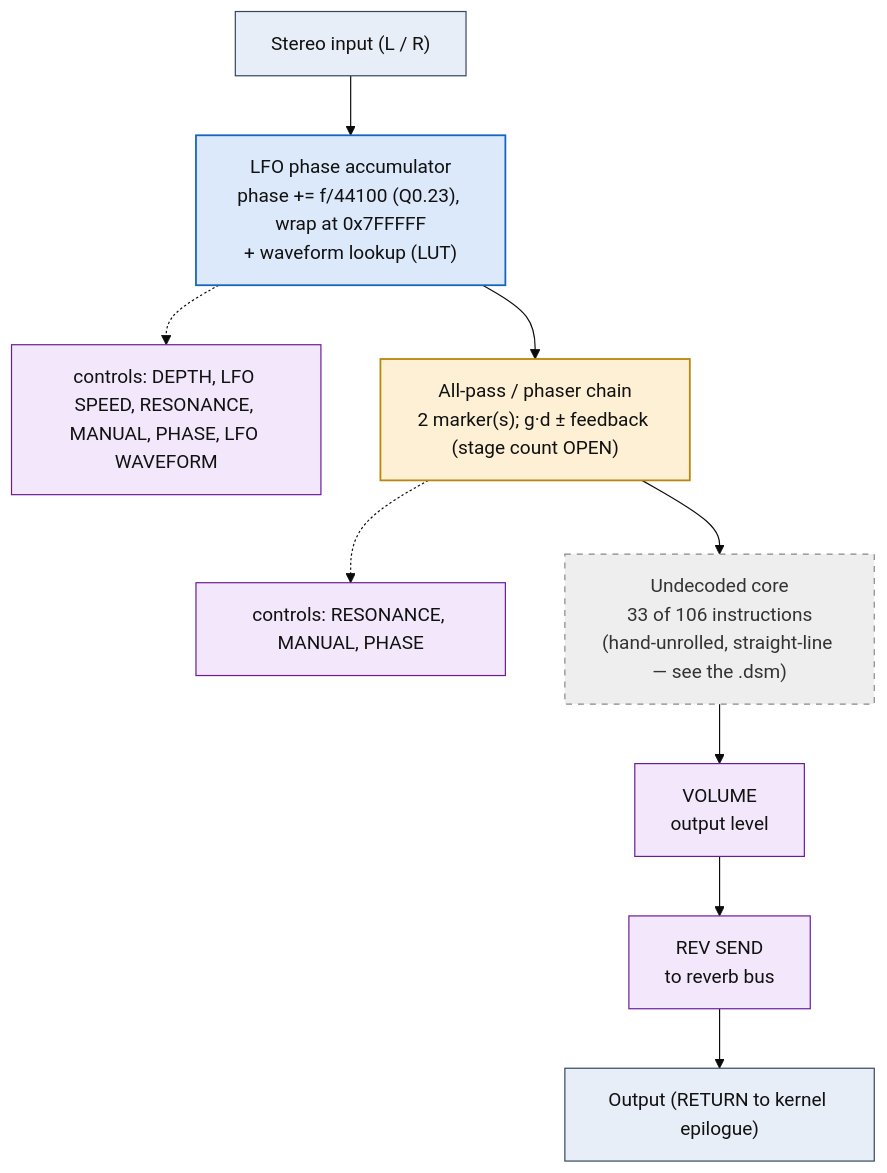
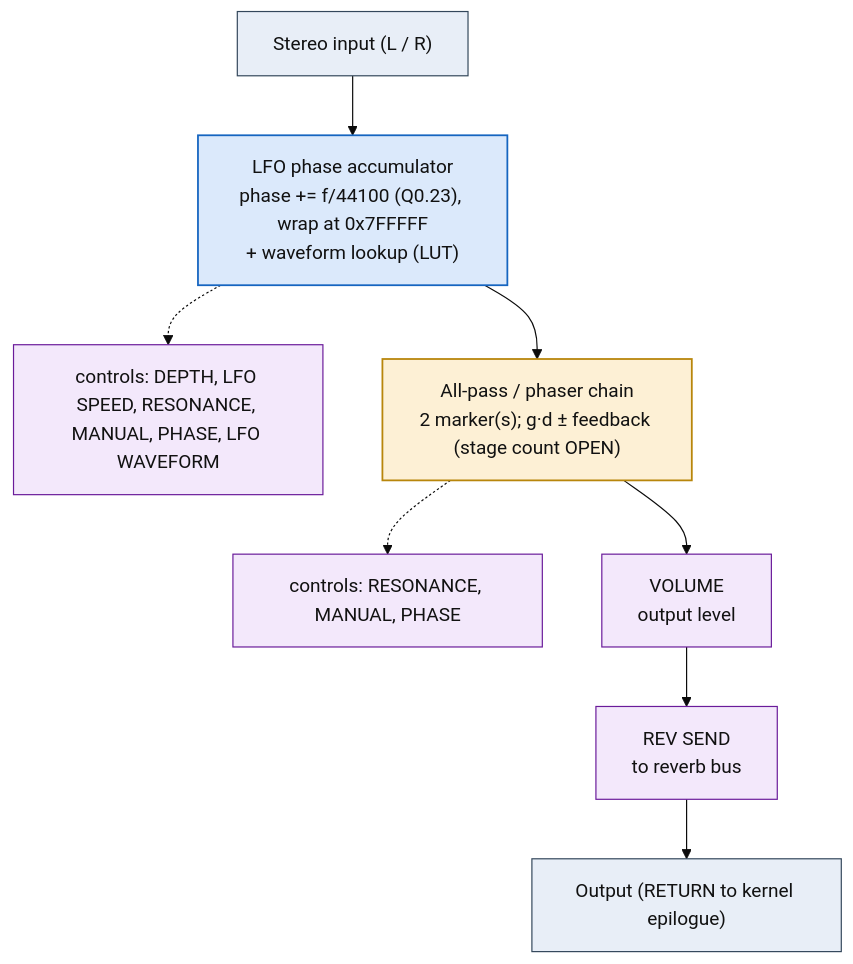
One commit to ArqueologiaDigital/kn5000-roms-disasm changed the diagram in dsp/flowcharts/prog05_phaser.md. Above: the diagram before and after it, drawn with Mermaid (base theme). The commit also changed other lines of this file and 39 other files, not shown here.

First line of the commit message:
dsp: annotate all flowcharts with the classic effect topology each shape matches

````diff
--- a/dsp/flowcharts/prog05_phaser.md
+++ b/dsp/flowcharts/prog05_phaser.md
@@ -12,32 +12,29 @@
 ```mermaid
 flowchart TD
     N0["Stereo input (L / R)"]
     N1["LFO phase accumulator<br/>phase += f/44100 (Q0.23), wrap at 0x7FFFFF<br/>+ waveform lookup (LUT)"]
     N0 --> N1
     N2["controls: DEPTH, LFO SPEED, RESONANCE, MANUAL, PHASE, LFO WAVEFORM"]
     N1 -.-> N2
     N3["All-pass / phaser chain<br/>2 marker(s); g&middot;d &plusmn; feedback (stage count OPEN)"]
     N1 --> N3
     N4["controls: RESONANCE, MANUAL, PHASE"]
     N3 -.-> N4
-    N5["Undecoded core<br/>33 of 106 instructions<br/>(hand-unrolled, straight-line &mdash; see the .dsm)"]
+    N5["VOLUME<br/>output level"]
     N3 --> N5
-    N6["VOLUME<br/>output level"]
+    N6["REV SEND<br/>to reverb bus"]
     N5 --> N6
-    N7["REV SEND<br/>to reverb bus"]
+    N7["Output (RETURN to kernel epilogue)"]
     N6 --> N7
-    N8["Output (RETURN to kernel epilogue)"]
-    N7 --> N8
 
     classDef io fill:#e8eef7,stroke:#33475b,stroke-width:1px,color:#111;
     classDef proven fill:#d7f0d7,stroke:#2e7d32,stroke-width:2px,color:#111;
     classDef measured fill:#dbe9fb,stroke:#1565c0,stroke-width:1.5px,color:#111;
     classDef inferred fill:#fdf0d5,stroke:#b8860b,stroke-width:1.5px,color:#111;
     classDef open fill:#eeeeee,stroke:#888,stroke-width:1px,color:#333,stroke-dasharray:5 5;
     classDef ctrl fill:#f3e8fb,stroke:#6a1b9a,stroke-width:1px,color:#111;
-    class N0,N8 io;
+    class N0,N7 io;
     class N1 measured;
-    class N2,N4,N6,N7 ctrl;
+    class N2,N4,N5,N6 ctrl;
     class N3 inferred;
-    class N5 open;
 ```
````
